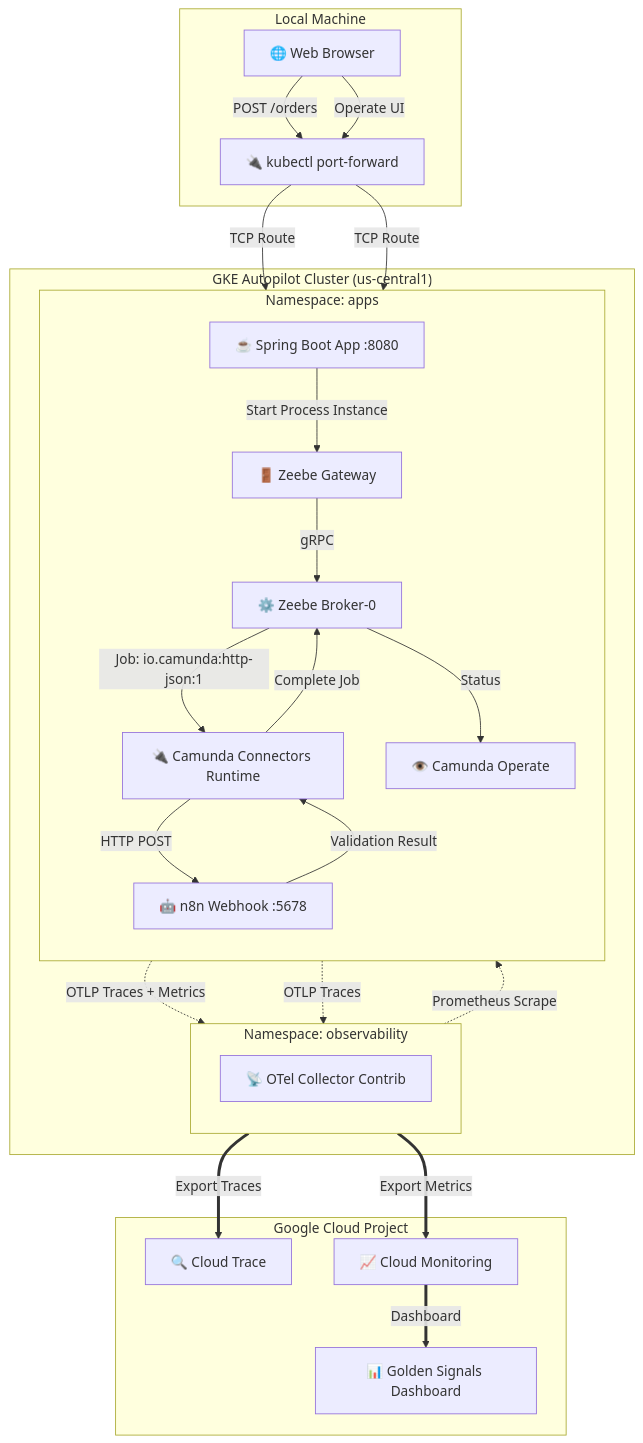
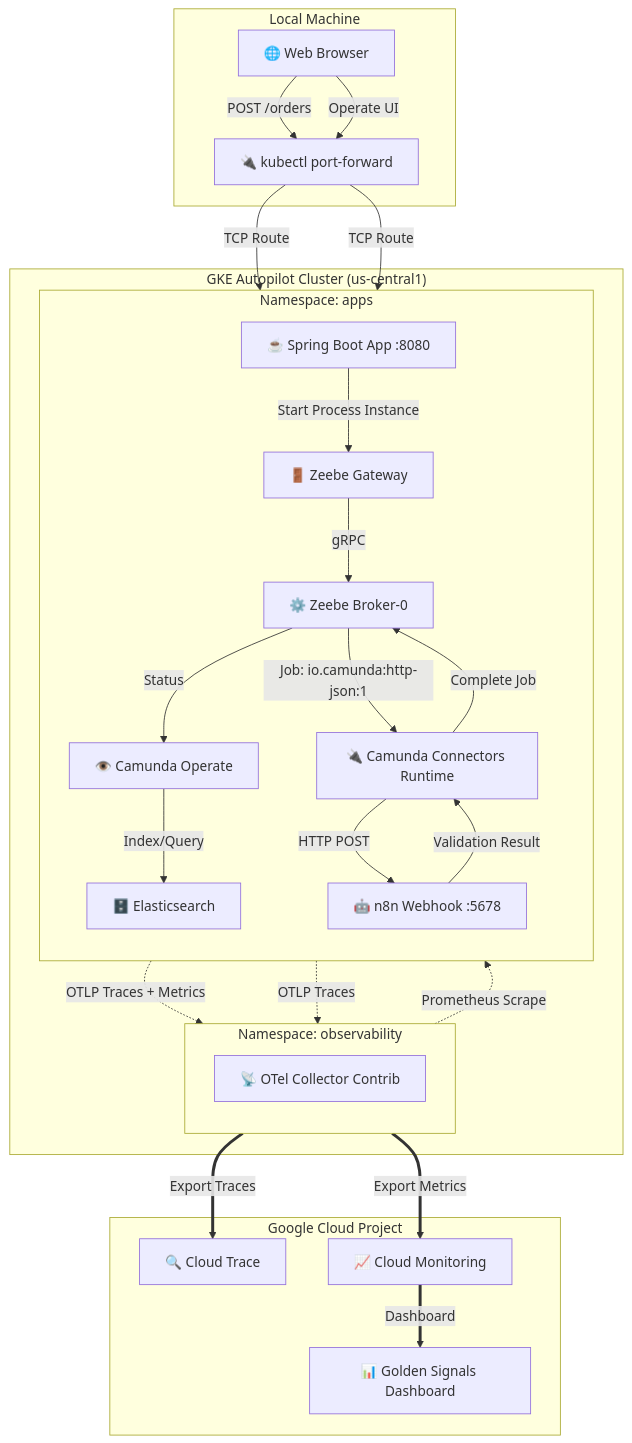
One commit to shawnshekari/hello-observability changed the diagram in README.md. Above: the diagram before and after it, drawn with Mermaid. The commit also changed other lines of this file, not shown here.

````diff
--- a/README.md
+++ b/README.md
@@ -13,60 +18,62 @@
 ```mermaid
 graph TB
     subgraph Local_Laptop ["Local Machine"]
         Browser["🌐 Web Browser"]
         PortForward["🔌 kubectl port-forward"]
     end
 
     subgraph GKE_Autopilot ["GKE Autopilot Cluster (us-central1)"]
 
         subgraph NS_OBSERVABILITY ["Namespace: observability"]
             direction TB
             OTel["📡 OTel Collector Contrib"]
         end
 
         subgraph NS_APPS ["Namespace: apps"]
             direction TB
             Spring["☕ Spring Boot App :8080"]
             n8n["🤖 n8n Webhook :5678"]
             ZeebeGW["🚪 Zeebe Gateway"]
             ZeebeBroker["⚙️ Zeebe Broker-0"]
             Connectors["🔌 Camunda Connectors Runtime"]
             Operate["👁️ Camunda Operate"]
+            Elasticsearch["🗄️ Elasticsearch"]
 
             %% Workflow Flow
             Spring -->|"Start Process Instance"| ZeebeGW
             Spring -.->|"OTLP Traces + Metrics"| OTel
             n8n -.->|"OTLP Traces"| OTel
 
             %% Internal Zeebe Flow
             ZeebeGW -->|"gRPC"| ZeebeBroker
             ZeebeBroker -->|"Job: io.camunda:http-json:1"| Connectors
             ZeebeBroker -->|"Status"| Operate
+            Operate -->|"Index/Query"| Elasticsearch
         end
 
         %% Telemetry Scrape
         OTel -.->|"Prometheus Scrape"| ZeebeBroker
     end
 
     subgraph GCP ["Google Cloud Project"]
         CloudTrace["🔍 Cloud Trace"]
         CloudMon["📈 Cloud Monitoring"]
         Dashboard["📊 Golden Signals Dashboard"]
     end
 
     %% Workflow Flow
     Connectors -->|"HTTP POST"| n8n
     n8n -->|"Validation Result"| Connectors
     Connectors -->|"Complete Job"| ZeebeBroker
 
     %% User Interaction
     Browser -->|"POST /orders"| PortForward
     PortForward -->|"TCP Route"| Spring
     Browser -->|"Operate UI"| PortForward
     PortForward -->|"TCP Route"| Operate
 
     %% Outbound Telemetry
     OTel ==>|"Export Traces"| CloudTrace
     OTel ==>|"Export Metrics"| CloudMon
     CloudMon ==>|"Dashboard"| Dashboard
 ```
````
